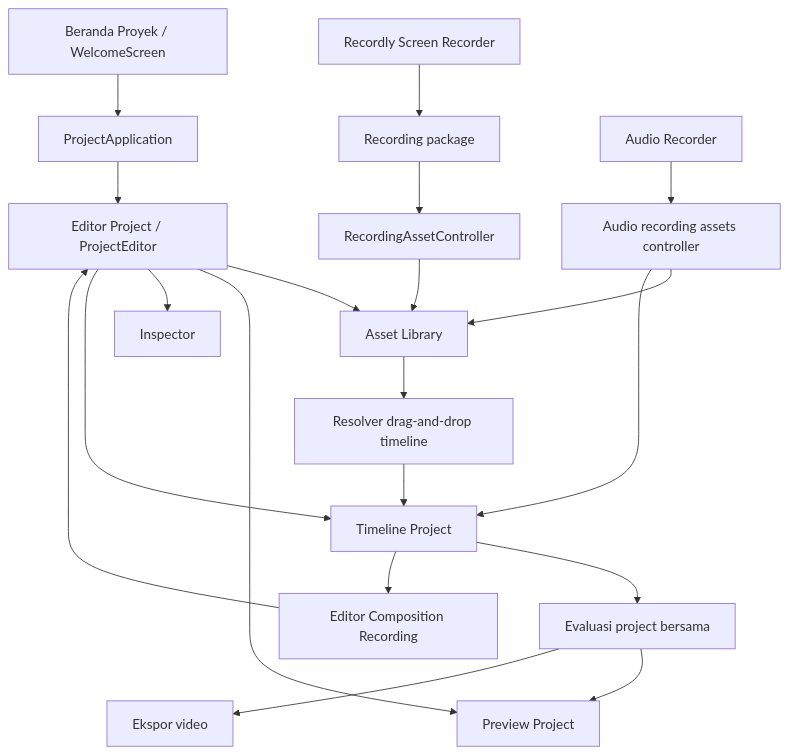
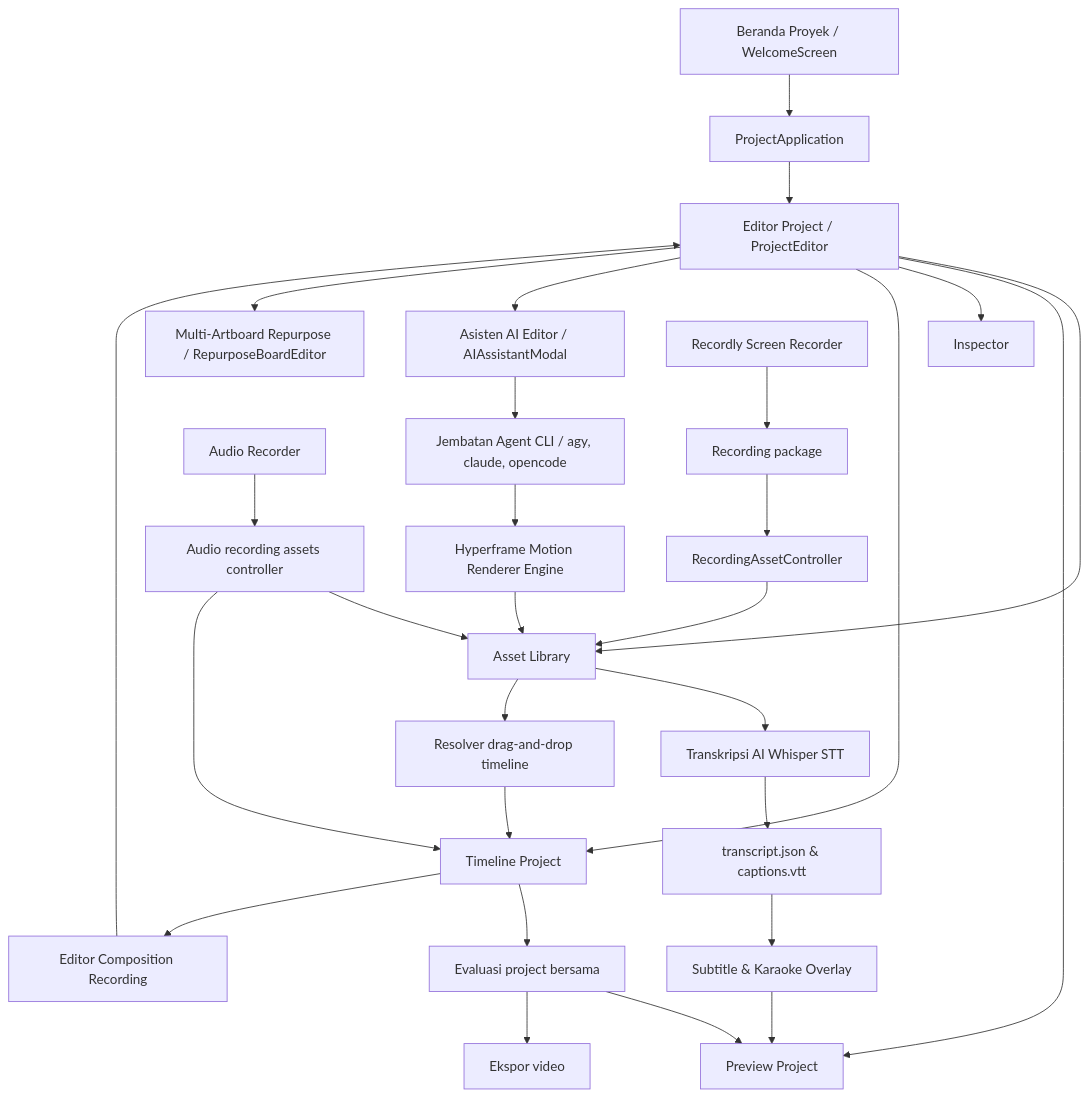
One commit to rhamaa/Captr-Studio changed the diagram in component.md. Above: the diagram before and after it, drawn with Mermaid. The commit also changed other lines of this file, not shown here.

Commit message:
docs: update component.md with AI Assistant, Whisper STT, Hyperframe B-Roll, and SubtitleOverlay

````diff
--- a/component.md
+++ b/component.md
@@ -10,22 +10,35 @@
 ```mermaid
 flowchart TD
   Home[Beranda Proyek / WelcomeScreen] --> App[ProjectApplication]
   App --> Editor[Editor Project / ProjectEditor]
   Editor --> Assets[Asset Library]
   Editor --> Preview[Preview Project]
   Editor --> Inspector[Inspector]
   Editor --> Timeline[Timeline Project]
+  Editor --> AIAssistant[Asisten AI Editor / AIAssistantModal]
+  Editor --> Repurpose[Multi-Artboard Repurpose / RepurposeBoardEditor]
+  
   Recorder[Recordly Screen Recorder] --> Package[Recording package]
   Package --> Register[RecordingAssetController]
   Register --> Assets
   Audio[Audio Recorder] --> AudioAssets[Audio recording assets controller]
   AudioAssets --> Assets
   AudioAssets --> Timeline
+  
+  Assets --> Whisper[Transkripsi AI Whisper STT]
+  Whisper --> TranscriptFile[transcript.json & captions.vtt]
+  TranscriptFile --> Subtitle[Subtitle & Karaoke Overlay]
+  Subtitle --> Preview
+  
+  AIAssistant --> AgentBridge[Jembatan Agent CLI / agy, claude, opencode]
+  AgentBridge --> Hyperframe[Hyperframe Motion Renderer Engine]
+  Hyperframe --> Assets
+  
   Assets --> Drop[Resolver drag-and-drop timeline]
   Drop --> Timeline
   Timeline --> Evaluation[Evaluasi project bersama]
   Evaluation --> Preview
   Evaluation --> Export[Ekspor video]
   Timeline --> RecordingEditor[Editor Composition Recording]
   RecordingEditor --> Editor
 ```
````
